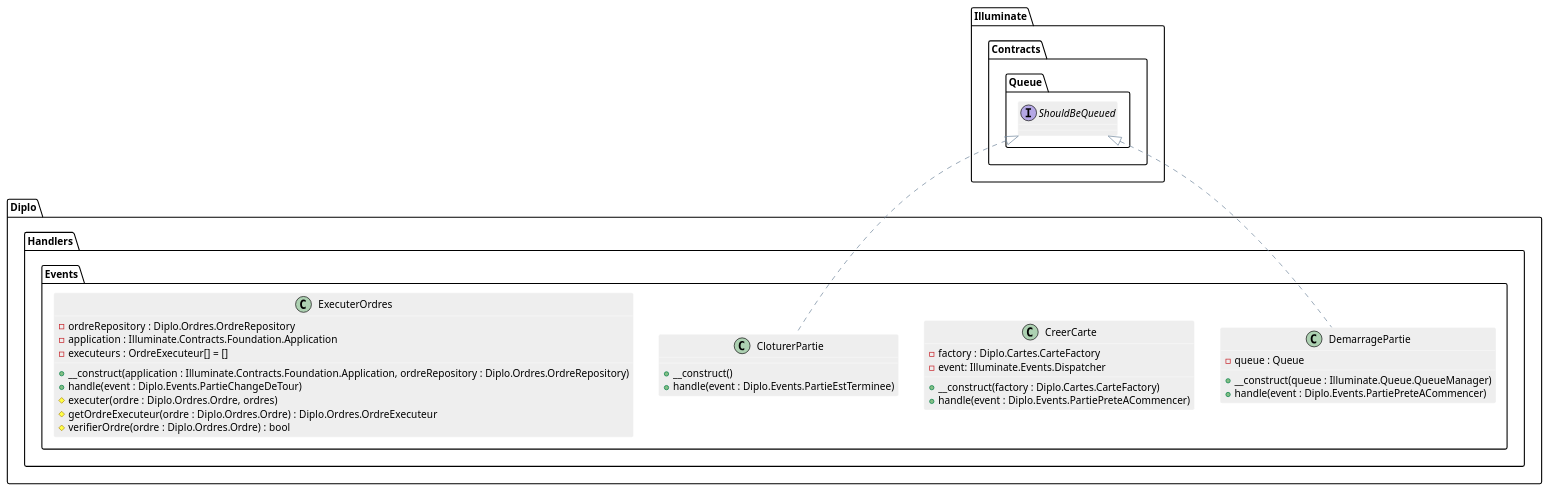
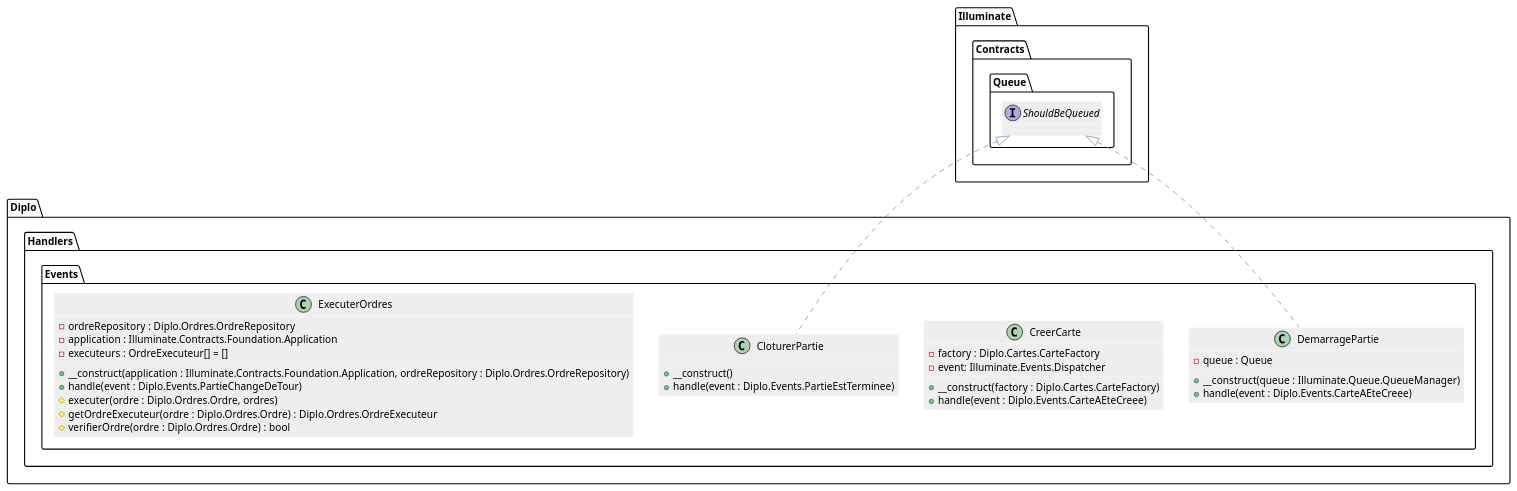
One commit to AntoineAugusti/diplo changed the diagram in rapports/final/diagrammes/php-export-cut/Handlers.plantuml. Above: the diagram before and after it, drawn with PlantUML. The commit also changed 1 other file, not shown here.

Commit message:
fix(events): fix wrong event name in DemarragePartie

```diff
--- a/rapports/final/diagrammes/php-export-cut/Handlers.plantuml
+++ b/rapports/final/diagrammes/php-export-cut/Handlers.plantuml
@@ -1,92 +1,92 @@
 @startuml
 
 skinparam shadowing false
 skinparam stereotypeCBackgroundColor #5B9BD5
 ' skinparam backgroundColor transparent
 
 skinparam note {
   BackgroundColor #73AE42
   BorderColor #6CA43E
   FontColor white
 }
 
 skinparam class {
   BackgroundColor #EEEEEE
   ArrowColor #758A9F
   BorderColor #FFFFFF
 }
 
 skinparam sequence {
   ArrowColor #6CA43E
 
   LifeLineBorderColor #6CA43E
   LifeLineBackgroundColor #73AE42
 
   ParticipantBorderColor #2E75B5
   ParticipantBackgroundColor #5B9BD5
 
   ActorBorderColor #2E75B5
   ActorBackgroundColor #5B9BD5
 
   BoxLineColor #A5A5A5
 }
 
 skinparam state {
   BackgroundColor #EEEEEE
   ArrowColor #758A9F
   BorderColor #9E9E9E
 }
 
 skinparam usecase {
   BackgroundColor #EEEEEE
   BorderColor #9E9E9E
 
   ArrowColor #6CA43E
   ActorBorderColor #6CA43E
 }
 
 skinparam component {
   BackgroundColor #EEEEEE
   ArrowColor #758A9F
   BorderColor #9E9E9E
 }
 
 skinparam node {
   BackgroundColor #FFFFFF
   ArrowColor #758A9F
   BorderColor #9E9E9E
 }
 
 skinparam database {
   BackgroundColor #EEEEEE
   ArrowColor #758A9F
   BorderColor #9E9E9E
 }
 class Diplo.Handlers.Events.DemarragePartie {
     -queue : Queue
     +__construct(queue : Illuminate.Queue.QueueManager)
-    +handle(event : Diplo.Events.PartiePreteACommencer)
+    +handle(event : Diplo.Events.CarteAEteCreee)
 }
 class Diplo.Handlers.Events.DemarragePartie implements Illuminate.Contracts.Queue.ShouldBeQueued
 class Diplo.Handlers.Events.CreerCarte {
     -factory : Diplo.Cartes.CarteFactory
     -event: Illuminate.Events.Dispatcher
     +__construct(factory : Diplo.Cartes.CarteFactory)
-    +handle(event : Diplo.Events.PartiePreteACommencer)
+    +handle(event : Diplo.Events.CarteAEteCreee)
 }
 class Diplo.Handlers.Events.CloturerPartie {
     +__construct()
     +handle(event : Diplo.Events.PartieEstTerminee)
 }
 class Diplo.Handlers.Events.CloturerPartie implements Illuminate.Contracts.Queue.ShouldBeQueued
 class Diplo.Handlers.Events.ExecuterOrdres {
     -ordreRepository : Diplo.Ordres.OrdreRepository
     -application : Illuminate.Contracts.Foundation.Application
     -executeurs : OrdreExecuteur[] = []
     +__construct(application : Illuminate.Contracts.Foundation.Application, ordreRepository : Diplo.Ordres.OrdreRepository)
     +handle(event : Diplo.Events.PartieChangeDeTour)
     #executer(ordre : Diplo.Ordres.Ordre, ordres)
     #getOrdreExecuteur(ordre : Diplo.Ordres.Ordre) : Diplo.Ordres.OrdreExecuteur
     #verifierOrdre(ordre : Diplo.Ordres.Ordre) : bool
 }
 @enduml
```
